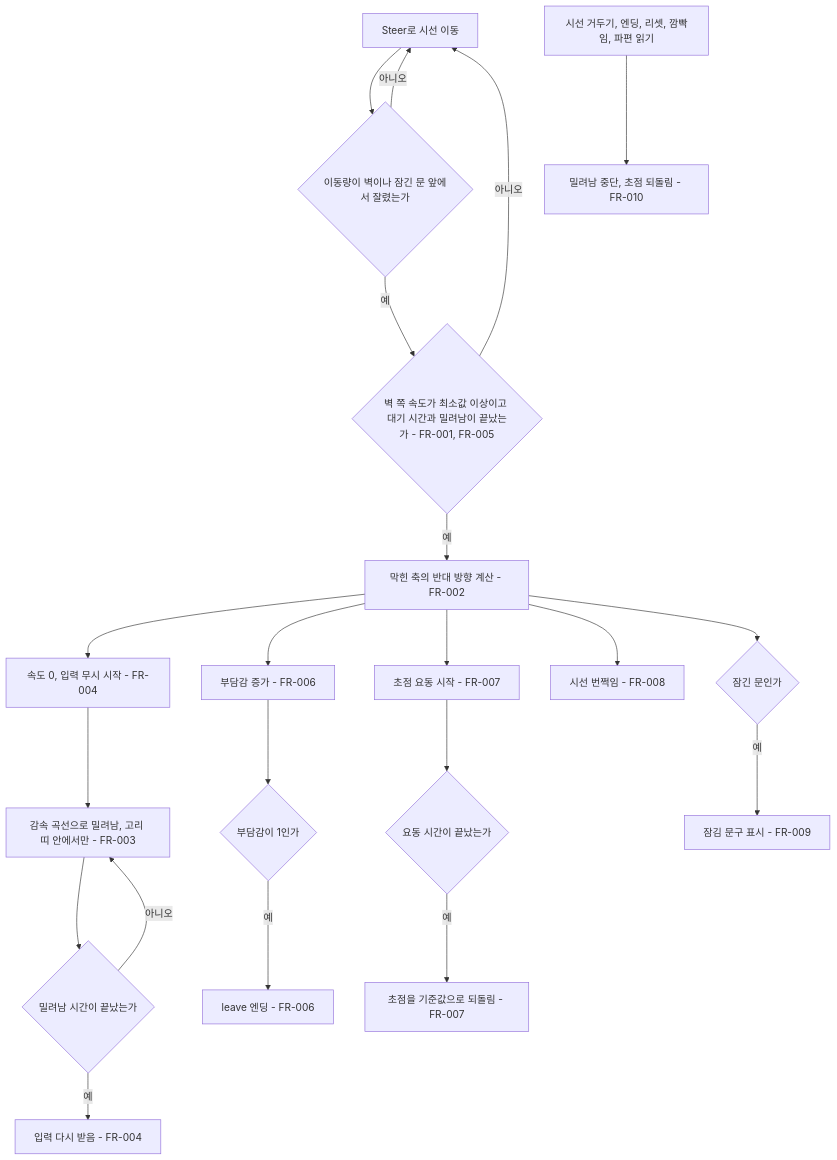
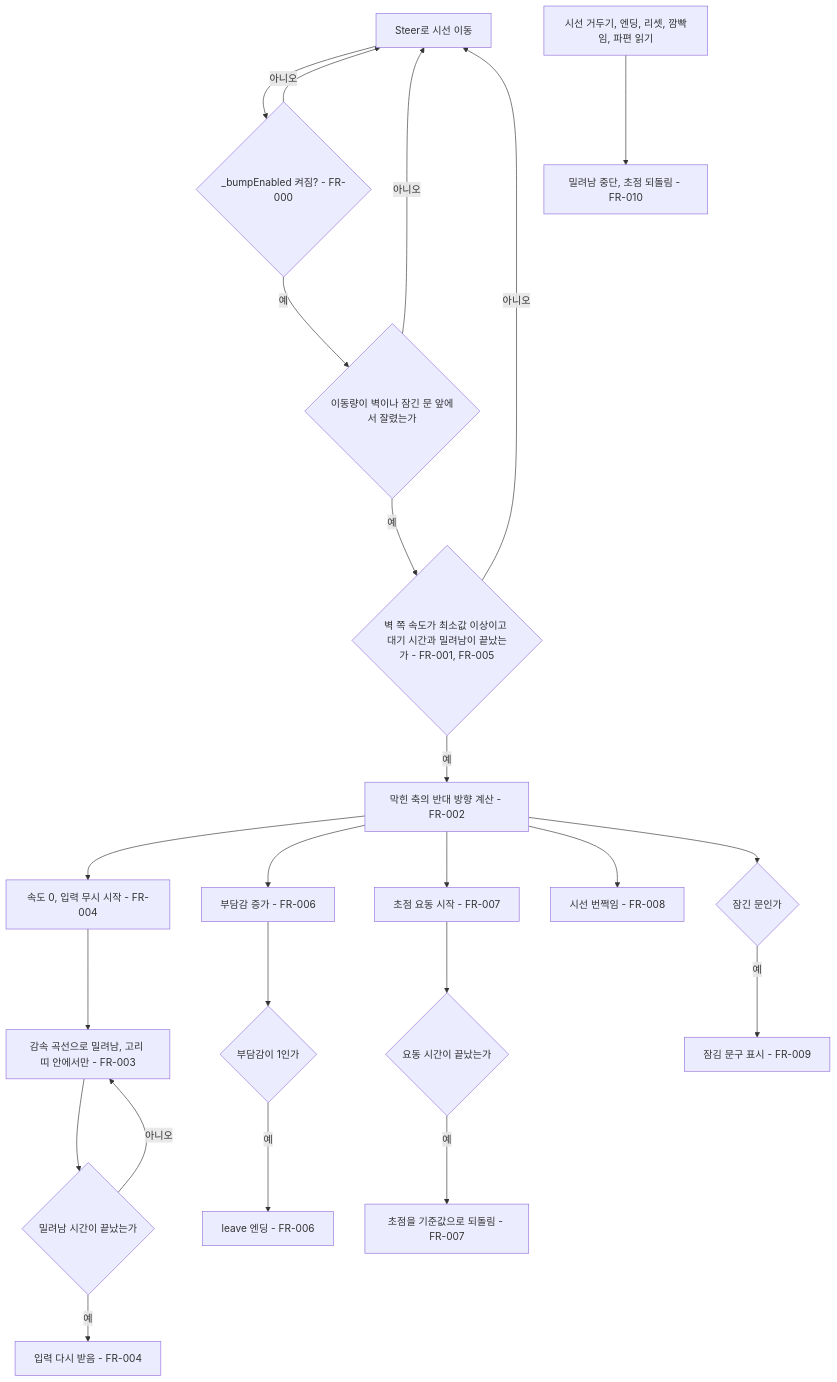
One commit to xpaklove12-lang/Corner1 changed the diagram in docs/specs/007-wall-knockback.md. Above: the diagram before and after it, drawn with Mermaid. The commit also changed other lines of this file and 2 other files, not shown here.

Commit message:
fix(007): 벽 부딪힘 반응을 Inspector 스위치로 비활성화

````diff
--- a/docs/specs/007-wall-knockback.md
+++ b/docs/specs/007-wall-knockback.md
@@ -57,23 +58,25 @@
 ```mermaid
 flowchart TD
-    A[Steer로 시선 이동] --> B{이동량이 벽이나 잠긴 문 앞에서 잘렸는가}
+    A[Steer로 시선 이동] --> Z{_bumpEnabled 켜짐? - FR-000}
+    Z -- 아니오 --> A
+    Z -- 예 --> B{이동량이 벽이나 잠긴 문 앞에서 잘렸는가}
     B -- 아니오 --> A
     B -- 예 --> C{벽 쪽 속도가 최소값 이상이고 대기 시간과 밀려남이 끝났는가 - FR-001, FR-005}
     C -- 아니오 --> A
     C -- 예 --> D[막힌 축의 반대 방향 계산 - FR-002]
     D --> E[속도 0, 입력 무시 시작 - FR-004]
     D --> F[부담감 증가 - FR-006]
     D --> G[초점 요동 시작 - FR-007]
     D --> H[시선 번쩍임 - FR-008]
     D --> I{잠긴 문인가}
     I -- 예 --> J[잠김 문구 표시 - FR-009]
     E --> K[감속 곡선으로 밀려남, 고리 띠 안에서만 - FR-003]
     K --> L{밀려남 시간이 끝났는가}
     L -- 아니오 --> K
     L -- 예 --> M[입력 다시 받음 - FR-004]
     F --> N{부담감이 1인가}
     N -- 예 --> O[leave 엔딩 - FR-006]
     G --> P{요동 시간이 끝났는가}
     P -- 예 --> Q[초점을 기준값으로 되돌림 - FR-007]
     R[시선 거두기, 엔딩, 리셋, 깜빡임, 파편 읽기] --> S[밀려남 중단, 초점 되돌림 - FR-010]
 ```
````
